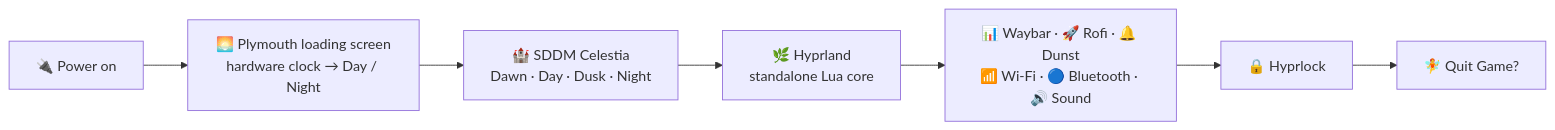
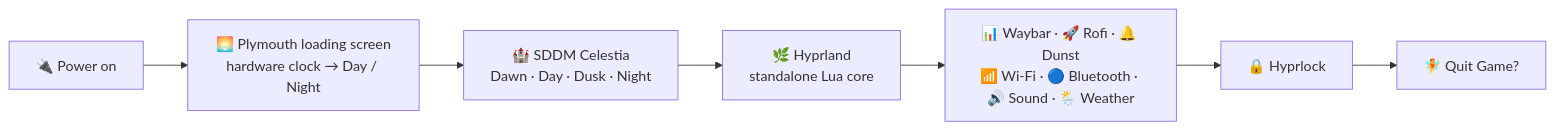
Before and after one commit to R0nov4/Irminsul: the first of 2 diagrams in README.md, drawn with Mermaid. The commit also changed other lines of this file and 3 other files, not shown here.

````diff
--- a/README.md
+++ b/README.md
@@ -57,9 +58,9 @@
 ```mermaid
 flowchart LR
     A["🔌 Power on"] --> B["🌅 Plymouth loading screen<br/>hardware clock → Day / Night"]
     B --> C["🏰 SDDM Celestia<br/>Dawn · Day · Dusk · Night"]
     C --> D["🌿 Hyprland<br/>standalone Lua core"]
-    D --> E["📊 Waybar · 🚀 Rofi · 🔔 Dunst<br/>📶 Wi-Fi · 🔵 Bluetooth · 🔊 Sound"]
+    D --> E["📊 Waybar · 🚀 Rofi · 🔔 Dunst<br/>📶 Wi-Fi · 🔵 Bluetooth · 🔊 Sound · 🌦️ Weather"]
     E --> F["🔒 Hyprlock"]
     F --> G["🧚 Quit Game?"]
 ```
````
